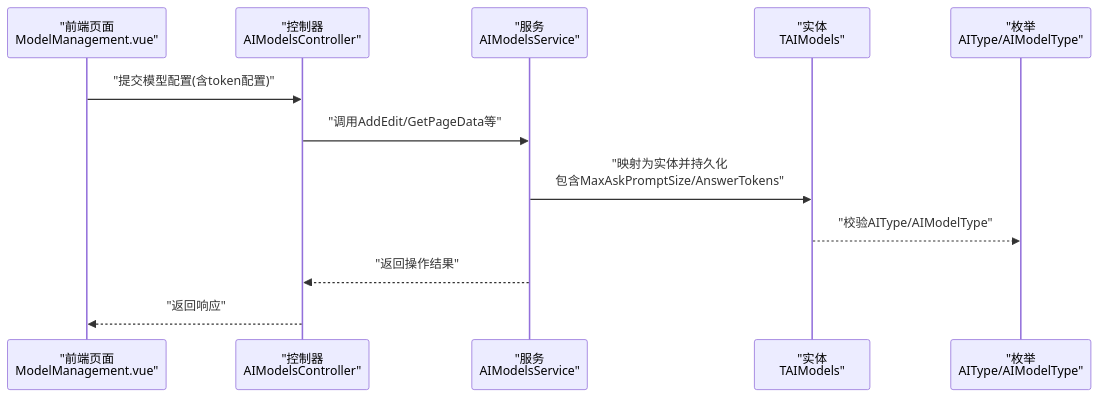
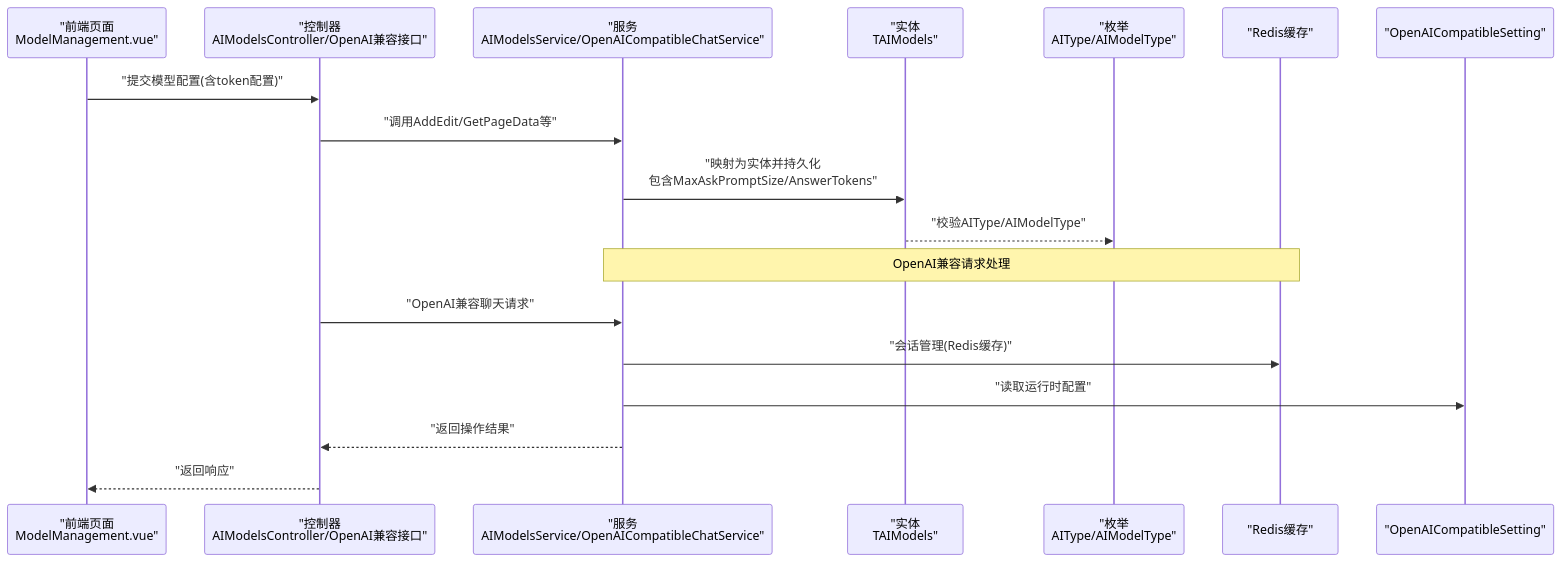
The second of 8 diagrams in .qoder/repowiki/zh/content/AI智能体/模型管理.md (junkai-li/NetCoreKevin), drawn with Mermaid before and after one commit. The commit also changed other lines of this file and 54 other files, not shown here.

````diff
--- a/.qoder/repowiki/zh/content/AI智能体/模型管理.md
+++ b/.qoder/repowiki/zh/content/AI智能体/模型管理.md
@@ -100,14 +125,20 @@
 ```mermaid
 sequenceDiagram
 participant FE as "前端页面<br/>ModelManagement.vue"
-participant API as "控制器<br/>AIModelsController"
-participant SVC as "服务<br/>AIModelsService"
+participant API as "控制器<br/>AIModelsController/OpenAI兼容接口"
+participant SVC as "服务<br/>AIModelsService/OpenAICompatibleChatService"
 participant ENT as "实体<br/>TAIModels"
 participant ENUM as "枚举<br/>AIType/AIModelType"
+participant CACHE as "Redis缓存"
+participant CONFIG as "OpenAICompatibleSetting"
 FE->>API : "提交模型配置(含token配置)"
 API->>SVC : "调用AddEdit/GetPageData等"
 SVC->>ENT : "映射为实体并持久化<br/>包含MaxAskPromptSize/AnswerTokens"
 ENT-->>ENUM : "校验AIType/AIModelType"
+Note over SVC,CACHE : OpenAI兼容请求处理
+API->>SVC : "OpenAI兼容聊天请求"
+SVC->>CACHE : "会话管理(Redis缓存)"
+SVC->>CONFIG : "读取运行时配置"
 SVC-->>API : "返回操作结果"
 API-->>FE : "返回响应"
 ```
````
